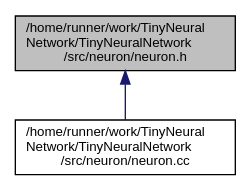
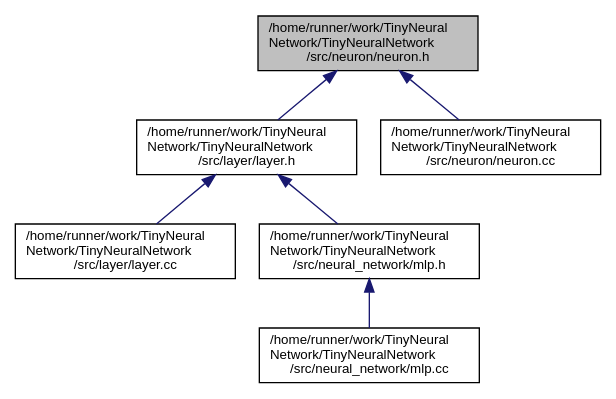
One commit to MaoSong2022/TinyNeuralNetwork changed the diagram in neuron_8h__dep__incl.dot. Above: the diagram before and after it, drawn with Graphviz. The commit also changed 90 other files, not shown here.

```diff
--- a/neuron_8h__dep__incl.dot
+++ b/neuron_8h__dep__incl.dot
@@ -1,9 +1,17 @@
 digraph "/home/runner/work/TinyNeuralNetwork/TinyNeuralNetwork/src/neuron/neuron.h"
 {
  // LATEX_PDF_SIZE
   edge [fontname="Helvetica",fontsize="10",labelfontname="Helvetica",labelfontsize="10"];
   node [fontname="Helvetica",fontsize="10",shape=record];
   Node1 [label="/home/runner/work/TinyNeural\lNetwork/TinyNeuralNetwork\l/src/neuron/neuron.h",height=0.2,width=0.4,color="black", fillcolor="grey75", style="filled", fontcolor="black",tooltip=" "];
   Node1 -> Node2 [dir="back",color="midnightblue",fontsize="10",style="solid",fontname="Helvetica"];
-  Node2 [label="/home/runner/work/TinyNeural\lNetwork/TinyNeuralNetwork\l/src/neuron/neuron.cc",height=0.2,width=0.4,color="black", fillcolor="white", style="filled",URL="$neuron_8cc.html",tooltip=" "];
+  Node2 [label="/home/runner/work/TinyNeural\lNetwork/TinyNeuralNetwork\l/src/layer/layer.h",height=0.2,width=0.4,color="black", fillcolor="white", style="filled",URL="$layer_8h.html",tooltip=" "];
+  Node2 -> Node3 [dir="back",color="midnightblue",fontsize="10",style="solid",fontname="Helvetica"];
+  Node3 [label="/home/runner/work/TinyNeural\lNetwork/TinyNeuralNetwork\l/src/layer/layer.cc",height=0.2,width=0.4,color="black", fillcolor="white", style="filled",URL="$layer_8cc.html",tooltip=" "];
+  Node2 -> Node4 [dir="back",color="midnightblue",fontsize="10",style="solid",fontname="Helvetica"];
+  Node4 [label="/home/runner/work/TinyNeural\lNetwork/TinyNeuralNetwork\l/src/neural_network/mlp.h",height=0.2,width=0.4,color="black", fillcolor="white", style="filled",URL="$mlp_8h.html",tooltip=" "];
+  Node4 -> Node5 [dir="back",color="midnightblue",fontsize="10",style="solid",fontname="Helvetica"];
+  Node5 [label="/home/runner/work/TinyNeural\lNetwork/TinyNeuralNetwork\l/src/neural_network/mlp.cc",height=0.2,width=0.4,color="black", fillcolor="white", style="filled",URL="$mlp_8cc.html",tooltip=" "];
+  Node1 -> Node6 [dir="back",color="midnightblue",fontsize="10",style="solid",fontname="Helvetica"];
+  Node6 [label="/home/runner/work/TinyNeural\lNetwork/TinyNeuralNetwork\l/src/neuron/neuron.cc",height=0.2,width=0.4,color="black", fillcolor="white", style="filled",URL="$neuron_8cc.html",tooltip=" "];
 }
```
